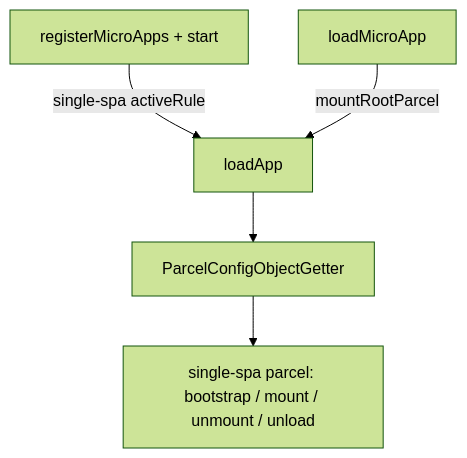
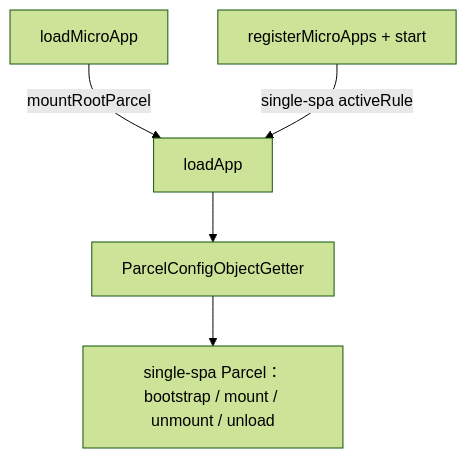
The first of 3 diagrams in docs/zh-CN/internals/runtime-orchestration.md (umijs/qiankun), drawn with Mermaid (forest theme) before and after one commit. The commit also changed other lines of this file and 66 other files, not shown here.

````diff
--- a/docs/zh-CN/internals/runtime-orchestration.md
+++ b/docs/zh-CN/internals/runtime-orchestration.md
@@ -16,7 +16,7 @@
 ```mermaid
 flowchart TD
-  A[registerMicroApps + start] -->|single-spa activeRule| C[loadApp]
-  B[loadMicroApp] -->|mountRootParcel| C
+  A[loadMicroApp] -->|mountRootParcel| C[loadApp]
+  B[registerMicroApps + start] -->|single-spa activeRule| C
   C --> D[ParcelConfigObjectGetter]
-  D --> E[single-spa parcel: bootstrap / mount / unmount / unload]
+  D --> E[single-spa Parcel：bootstrap / mount / unmount / unload]
 ```
````
